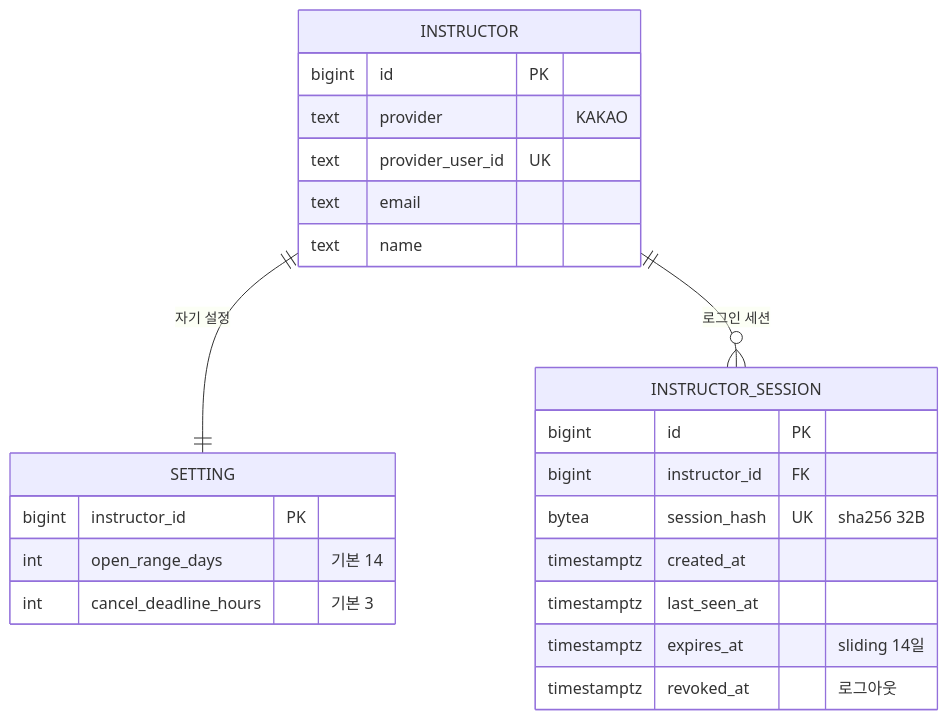
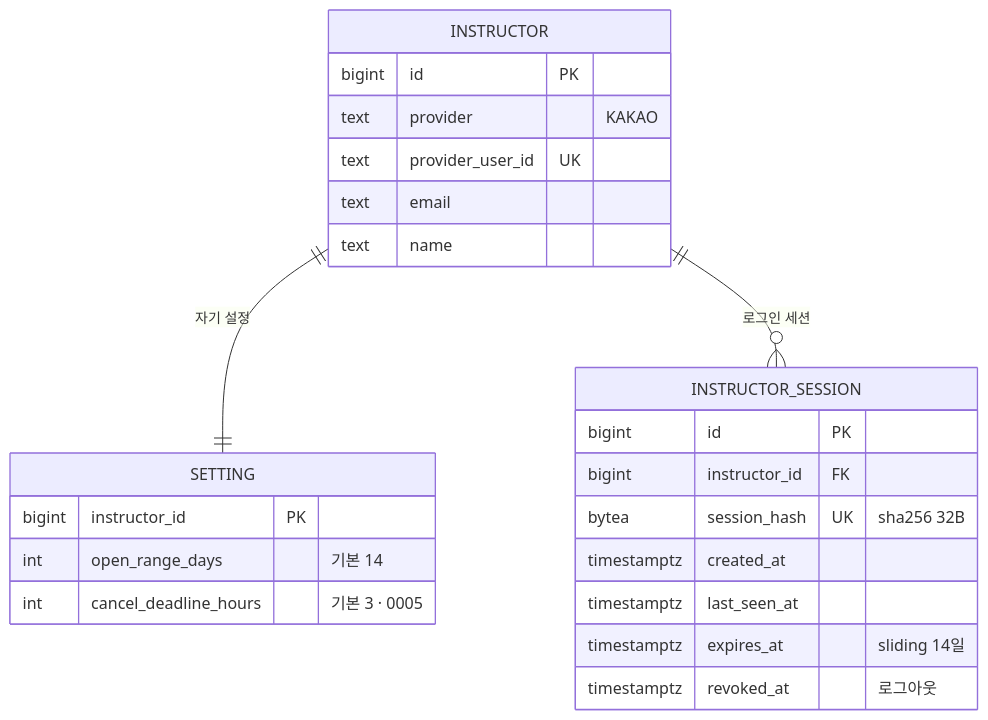
The diagram in docs/spec/instructor/data-model.md (Fit-link-v2/FitLink-BE), drawn with Mermaid before and after one commit. The commit also changed other lines of this file and 17 other files, not shown here.

````diff
--- a/docs/spec/instructor/data-model.md
+++ b/docs/spec/instructor/data-model.md
@@ -7,26 +7,26 @@
 ```mermaid
 erDiagram
     INSTRUCTOR ||--|| SETTING : "자기 설정"
     INSTRUCTOR ||--o{ INSTRUCTOR_SESSION : "로그인 세션"
     INSTRUCTOR {
         bigint id PK
         text provider "KAKAO"
         text provider_user_id UK
         text email
         text name
     }
     SETTING {
         bigint instructor_id PK
         int open_range_days "기본 14"
-        int cancel_deadline_hours "기본 3"
+        int cancel_deadline_hours "기본 3 · 0005"
     }
     INSTRUCTOR_SESSION {
         bigint id PK
         bigint instructor_id FK
         bytea session_hash UK "sha256 32B"
         timestamptz created_at
         timestamptz last_seen_at
         timestamptz expires_at "sliding 14일"
         timestamptz revoked_at "로그아웃"
     }
 ```
````
